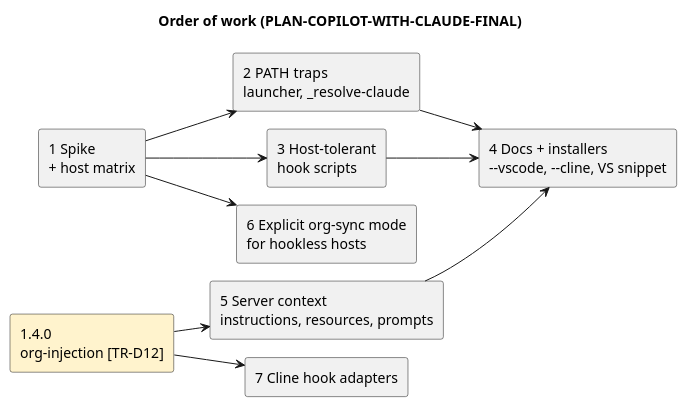
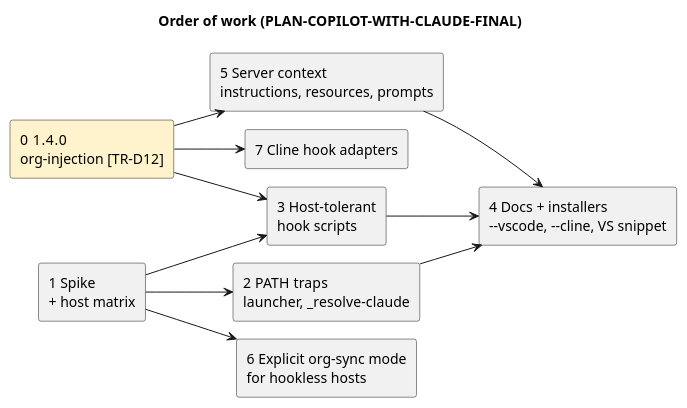
Before and after one commit to adrian-balaban/total-recall: the diagram in docs/diagrams/copilot-plan.puml, drawn with PlantUML. The commit also changed 2 other files, not shown here.

Commit message:
docs: put [TR-D12] org-injection first in the VS Code plan
Step 3 makes SessionStart injection work in Copilot, so it widens the
org-injection surface too; 1.4.0 now precedes steps 3, 5 and 7.

```diff
--- a/docs/diagrams/copilot-plan.puml
+++ b/docs/diagrams/copilot-plan.puml
@@ -1,25 +1,26 @@
 @startuml copilot-plan
 !pragma layout smetana
 left to right direction
 skinparam shadowing false
 skinparam defaultFontName Helvetica
 title Order of work (PLAN-COPILOT-WITH-CLAUDE-FINAL)
 
+rectangle "0  1.4.0\norg-injection [TR-D12]" as G #FFF3CD
 rectangle "1 Spike\n+ host matrix" as A
 rectangle "2 PATH traps\nlauncher, _resolve-claude" as B
 rectangle "3 Host-tolerant\nhook scripts" as C
 rectangle "4 Docs + installers\n~--vscode, ~--cline, VS snippet" as F
-rectangle "1.4.0\norg-injection [TR-D12]" as G #FFF3CD
 rectangle "5 Server context\ninstructions, resources, prompts" as D
 rectangle "6 Explicit org-sync mode\nfor hookless hosts" as E
 rectangle "7 Cline hook adapters" as H
 
+G --> C
+G --> D
+G --> H
 A --> B
 A --> C
+A --> E
 B --> F
 C --> F
-G --> D
-G --> H
-A --> E
 D --> F
 @enduml
```
